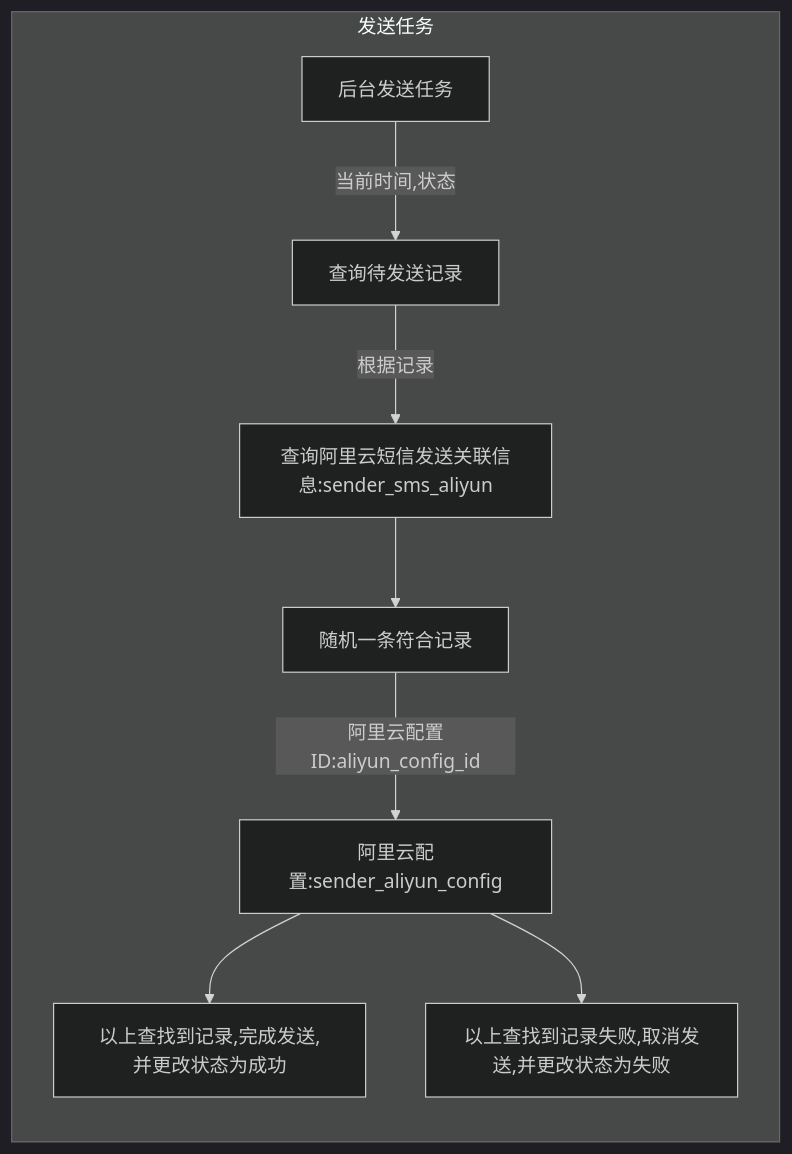
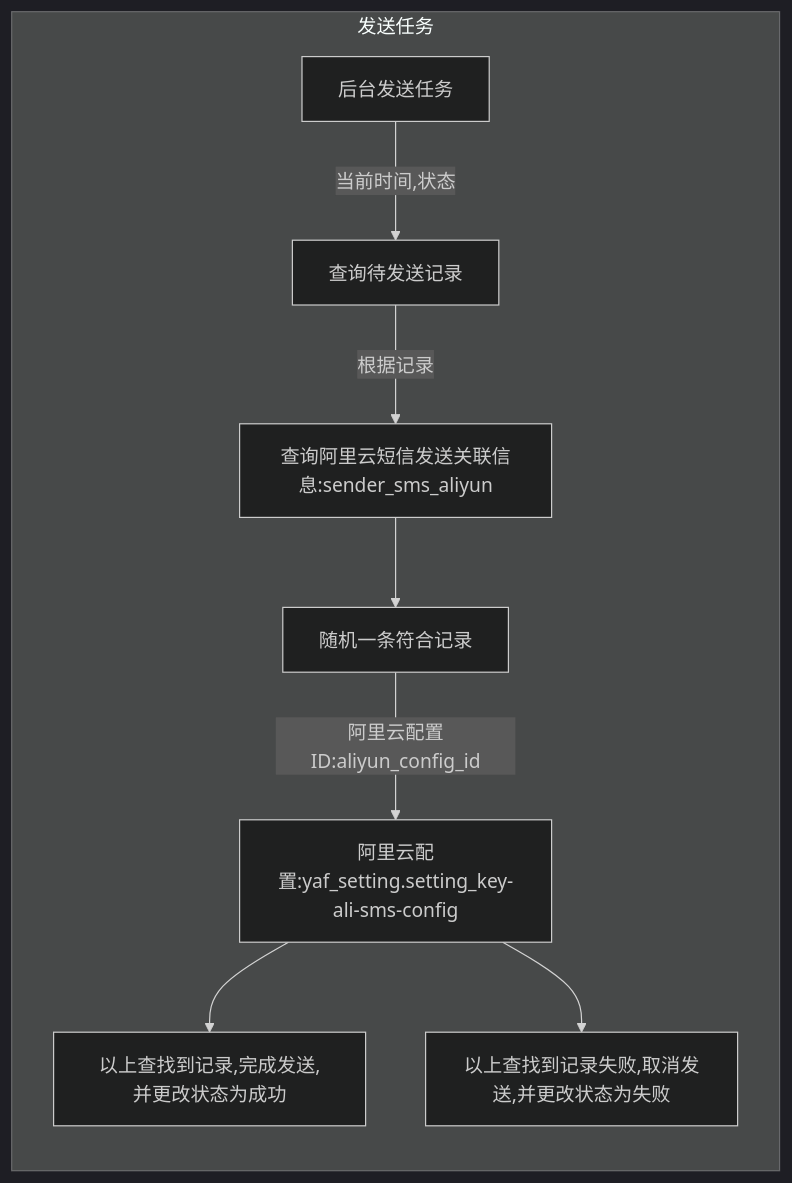
Before and after one commit to shanliu/lsys: the third of 3 diagrams in server/lsys-sender/src/dao/smser/README.MD, drawn with Mermaid (dark theme). The commit also changed 35 other files, not shown here.

````diff
--- a/server/lsys-sender/src/dao/smser/README.MD
+++ b/server/lsys-sender/src/dao/smser/README.MD
@@ -42,8 +42,8 @@
 ```mermaid
 flowchart LR
     subgraph task[发送任务]
-        后台发送任务 -- 当前时间,状态-->查询待发送记录--根据记录 --> 查询阿里云短信发送关联信息:sender_sms_aliyun --> 随机一条符合记录 -- 阿里云配置ID:aliyun_config_id --> 阿里云配置:sender_aliyun_config
-        阿里云配置:sender_aliyun_config --> 以上查找到记录,完成发送,并更改状态为成功
-        阿里云配置:sender_aliyun_config --> 以上查找到记录失败,取消发送,并更改状态为失败
+        后台发送任务 -- 当前时间,状态-->查询待发送记录--根据记录 --> 查询阿里云短信发送关联信息:sender_sms_aliyun --> 随机一条符合记录 -- 阿里云配置ID:aliyun_config_id --> 阿里云配置:yaf_setting.setting_key-ali-sms-config
+        阿里云配置:yaf_setting.setting_key-ali-sms-config --> 以上查找到记录,完成发送,并更改状态为成功
+        阿里云配置:yaf_setting.setting_key-ali-sms-config --> 以上查找到记录失败,取消发送,并更改状态为失败
     end
 ```
````
